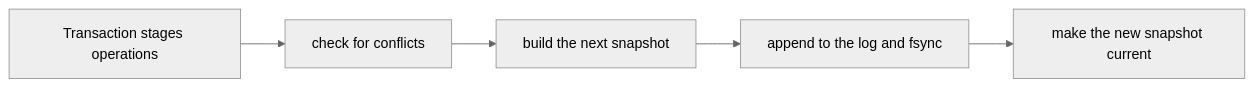
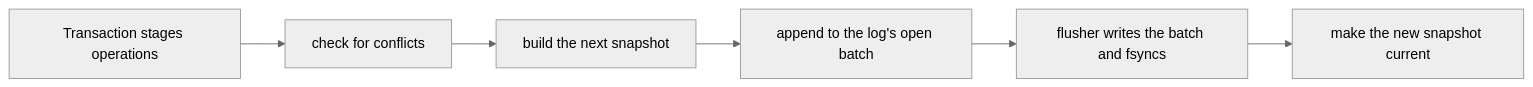
One commit to Jho0413/GraphDB changed the second of 3 diagrams in docs/overview.md. Above: the diagram before and after it, drawn with Mermaid (neutral theme). The commit also changed other lines of this file and 6 other files, not shown here.

````diff
--- a/docs/overview.md
+++ b/docs/overview.md
@@ -33,7 +33,8 @@
 ```mermaid
 flowchart LR
     stage["Transaction stages operations"] --> validate["check for conflicts"]
     validate --> build["build the next snapshot"]
-    build --> log["append to the log and fsync"]
-    log --> publish["make the new snapshot current"]
+    build --> log["append to the log's open batch"]
+    log --> fsync["flusher writes the batch and fsyncs"]
+    fsync --> publish["make the new snapshot current"]
 ```
````
